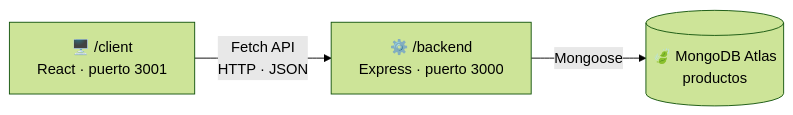
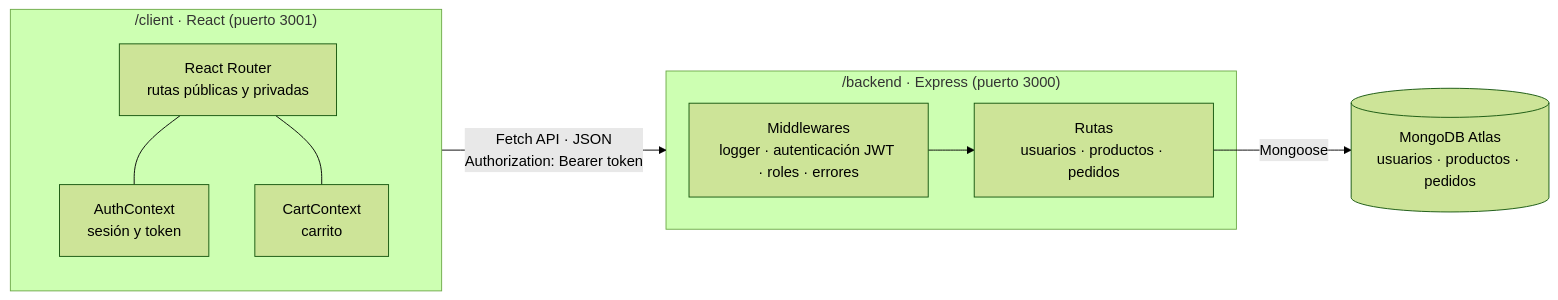
The diagram in README.md (lauta201/muebleria-hermanos-jota), drawn with Mermaid (forest theme) before and after one commit. The commit also changed other lines of this file, not shown here.

````diff
--- a/README.md
+++ b/README.md
@@ -110,5 +83,21 @@
 ```mermaid
 flowchart LR
-    A["🖥️ /client<br/>React · puerto 3001"] -- "Fetch API<br/>HTTP · JSON" --> B["⚙️ /backend<br/>Express · puerto 3000"]
-    B -- "Mongoose" --> C[("🍃 MongoDB Atlas<br/>productos")]
+    subgraph Cliente["/client · React (puerto 3001)"]
+        R["React Router<br/>rutas públicas y privadas"]
+        A["AuthContext<br/>sesión y token"]
+        C["CartContext<br/>carrito"]
+        R --- A
+        R --- C
+    end
+
+    subgraph Servidor["/backend · Express (puerto 3000)"]
+        M["Middlewares<br/>logger · autenticación JWT · roles · errores"]
+        RT["Rutas<br/>usuarios · productos · pedidos"]
+        M --> RT
+    end
+
+    DB[("MongoDB Atlas<br/>usuarios · productos · pedidos")]
+
+    Cliente -- "Fetch API · JSON<br/>Authorization: Bearer token" --> Servidor
+    RT -- "Mongoose" --> DB
 ```
````
